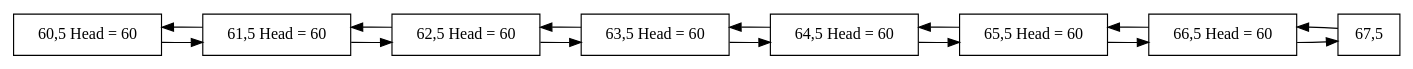
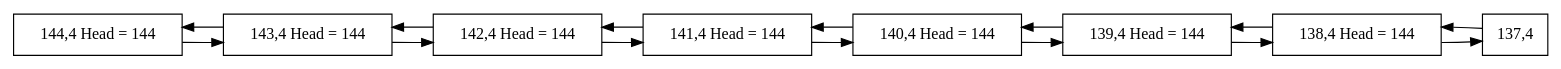
Before and after one commit to olgt/EDD_1S2019_P1_201612341: the diagram in SnakeReport.dot, drawn with Graphviz. The commit also changed 12 other files, not shown here.

```diff
--- a/SnakeReport.dot
+++ b/SnakeReport.dot
@@ -1,26 +1,26 @@
 digraph firstGraph{
 node [shape = record];
 rankdir=LR;
-node0 [label=" 60,5 Head = 60 "];
+node0 [label=" 144,4 Head = 144 "];
 node0 -> node1;
 node1 -> node0;
-node1 [label=" 61,5 Head = 60 "];
+node1 [label=" 143,4 Head = 144 "];
 node1 -> node2;
 node2 -> node1;
-node2 [label=" 62,5 Head = 60 "];
+node2 [label=" 142,4 Head = 144 "];
 node2 -> node3;
 node3 -> node2;
-node3 [label=" 63,5 Head = 60 "];
+node3 [label=" 141,4 Head = 144 "];
 node3 -> node4;
 node4 -> node3;
-node4 [label=" 64,5 Head = 60 "];
+node4 [label=" 140,4 Head = 144 "];
 node4 -> node5;
 node5 -> node4;
-node5 [label=" 65,5 Head = 60 "];
+node5 [label=" 139,4 Head = 144 "];
 node5 -> node6;
 node6 -> node5;
-node6 [label=" 66,5 Head = 60 "];
+node6 [label=" 138,4 Head = 144 "];
 node6 -> node7;
 node7 -> node6;
-node7 [label=" 67,5 "];
+node7 [label=" 137,4 "];
 }
```
